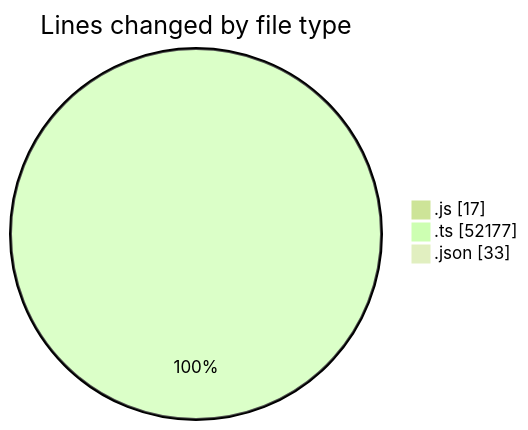
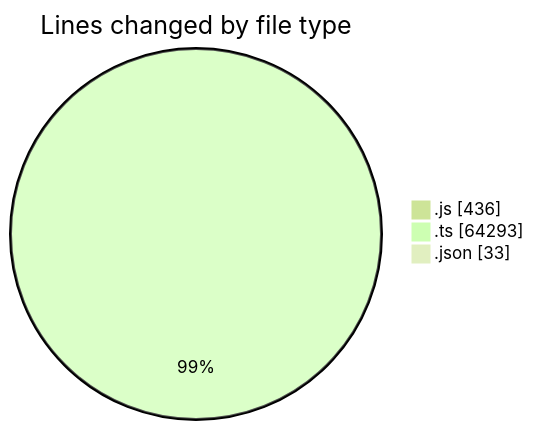
One commit to momahboobian/code-tracking changed the first of 2 diagrams in 2026-07-27/cda/README.md. Above: the diagram before and after it, drawn with Mermaid (forest theme). The commit also changed other lines of this file and 1 other file, not shown here.

````diff
--- a/2026-07-27/cda/README.md
+++ b/2026-07-27/cda/README.md
@@ -30,7 +30,7 @@
 ```mermaid
 pie showData
 title Lines changed by file type
-".js" : 17
-".ts" : 52177
+".js" : 436
+".ts" : 64293
 ".json" : 33
 ```
````
